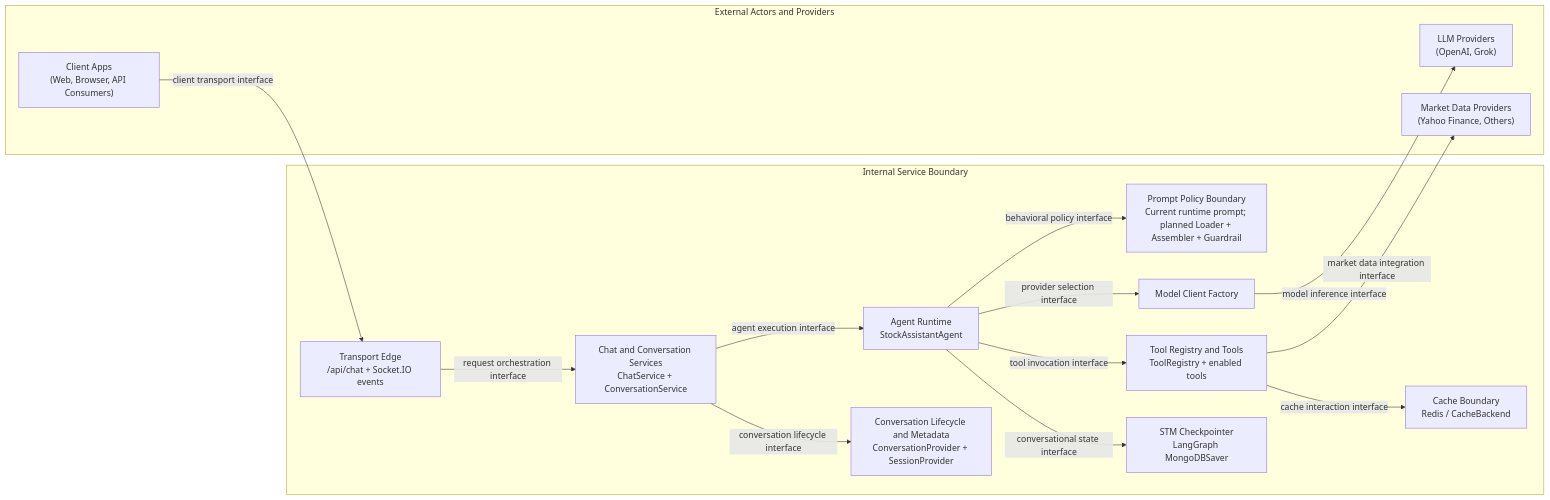
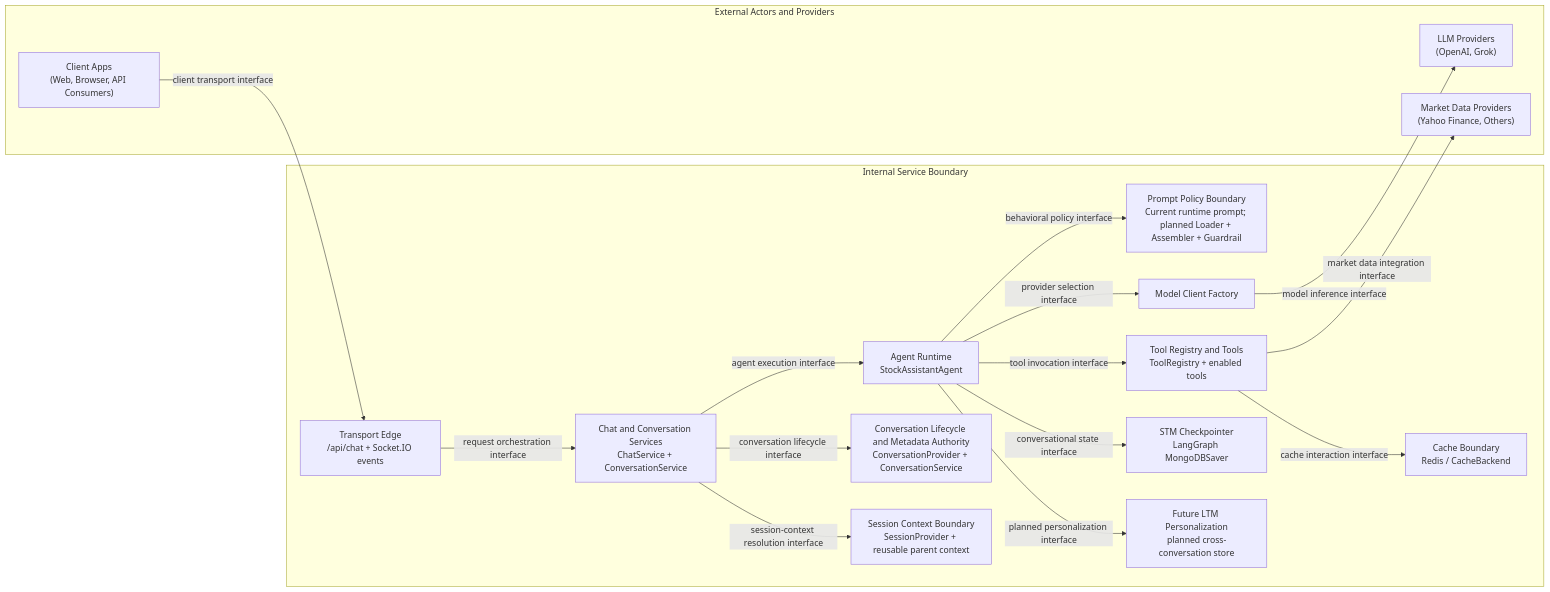
Before and after one commit to d-dragon/dp-stock-investment-assistant: the second of 12 diagrams in docs/domains/agent/ARCHITECTURE_DESIGN.md, drawn with Mermaid. The commit also changed other lines of this file and 7 other files, not shown here.

````diff
--- a/docs/domains/agent/ARCHITECTURE_DESIGN.md
+++ b/docs/domains/agent/ARCHITECTURE_DESIGN.md
@@ -267,32 +278,36 @@
 ```mermaid
 flowchart LR
   subgraph External["External Actors and Providers"]
     Client["Client Apps\n(Web, Browser, API Consumers)"]
     LLM["LLM Providers\n(OpenAI, Grok)"]
     Market["Market Data Providers\n(Yahoo Finance, Others)"]
   end
 
   subgraph Internal["Internal Service Boundary"]
     Entry["Transport Edge\n/api/chat + Socket.IO events"]
     Svc["Chat and Conversation Services\nChatService + ConversationService"]
     Agent["Agent Runtime\nStockAssistantAgent"]
     Prompt["Prompt Policy Boundary\nCurrent runtime prompt; planned Loader + Assembler + Guardrail"]
     Tools["Tool Registry and Tools\nToolRegistry + enabled tools"]
     Factory["Model Client Factory"]
-    Meta["Conversation Lifecycle and Metadata\nConversationProvider + SessionProvider"]
+    Meta["Conversation Lifecycle and Metadata Authority\nConversationProvider + ConversationService"]
+    SessionCtx["Session Context Boundary\nSessionProvider + reusable parent context"]
     Checkpoint["STM Checkpointer\nLangGraph MongoDBSaver"]
+    FutureLTM["Future LTM Personalization\nplanned cross-conversation store"]
     Cache["Cache Boundary\nRedis / CacheBackend"]
   end
 
   Client -->|"client transport interface"| Entry
   Entry -->|"request orchestration interface"| Svc
   Svc -->|"agent execution interface"| Agent
   Svc -->|"conversation lifecycle interface"| Meta
+  Svc -->|"session-context resolution interface"| SessionCtx
   Agent -->|"behavioral policy interface"| Prompt
   Agent -->|"tool invocation interface"| Tools
   Agent -->|"provider selection interface"| Factory
   Agent -->|"conversational state interface"| Checkpoint
+  Agent -->|"planned personalization interface"| FutureLTM
   Tools -->|"cache interaction interface"| Cache
   Factory -->|"model inference interface"| LLM
   Tools -->|"market data integration interface"| Market
 ```
````
